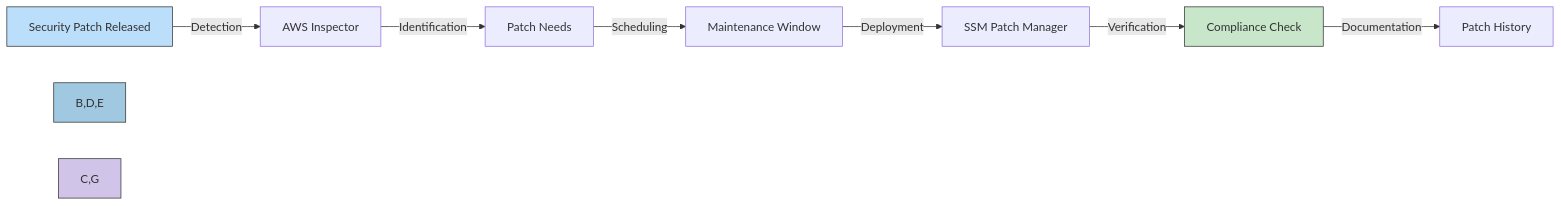
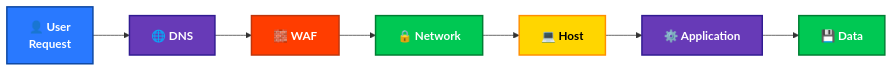
Before and after one commit to Hack23/cia: diagram 14 of 15 in SECURITY_ARCHITECTURE.md, drawn with Mermaid. The commit also changed other lines of this file, not shown here.

````diff
--- a/SECURITY_ARCHITECTURE.md
+++ b/SECURITY_ARCHITECTURE.md
@@ -1216,14 +839,18 @@
 ```mermaid
 graph LR
-    A[Security Patch Released] -->|Detection| B[AWS Inspector]
-    B -->|Identification| C[Patch Needs]
-    C -->|Scheduling| D[Maintenance Window]
-    D -->|Deployment| E[SSM Patch Manager]
-    E -->|Verification| F[Compliance Check]
-    F -->|Documentation| G[Patch History]
+    A[👤 User<br>Request] --> B[🌐 DNS]
+    B --> C[🧱 WAF]
+    C --> D[🔒 Network]
+    D --> E[💻 Host]
+    E --> F[⚙️ Application]
+    F --> G[💾 Data]
     
-    style A fill:#bbdefb,stroke:#333,stroke-width:1px
-    style B,D,E fill:#a0c8e0,stroke:#333,stroke-width:1px
-    style C,G fill:#d1c4e9,stroke:#333,stroke-width:1px
-    style F fill:#c8e6c9,stroke:#333,stroke-width:1px
+    style A fill:#2979FF,stroke:#0D47A1,stroke-width:2px,color:white,font-weight:bold
+    style B fill:#673AB7,stroke:#311B92,stroke-width:2px,color:white,font-weight:bold
+    style C fill:#FF3D00,stroke:#BF360C,stroke-width:2px,color:white,font-weight:bold
+    style D fill:#00C853,stroke:#007E33,stroke-width:2px,color:white,font-weight:bold
+    style E fill:#FFD600,stroke:#FF8F00,stroke-width:2px,color:black,font-weight:bold
+    style F fill:#673AB7,stroke:#311B92,stroke-width:2px,color:white,font-weight:bold
+    style G fill:#00C853,stroke:#007E33,stroke-width:2px,color:white,font-weight:bold
+    classDef default font-weight:bold
 ```
````
